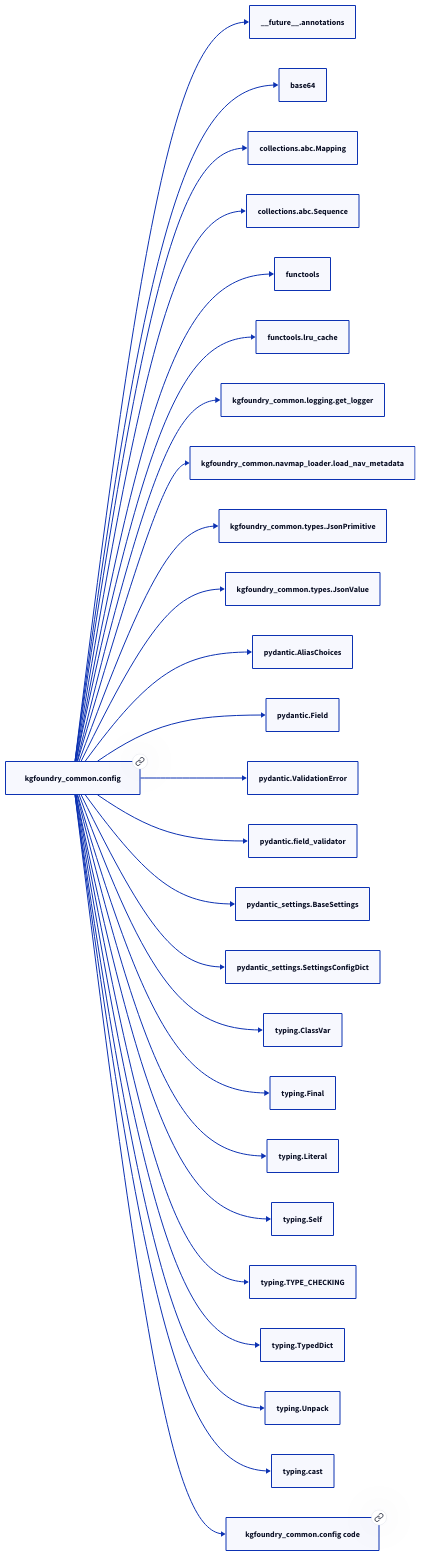
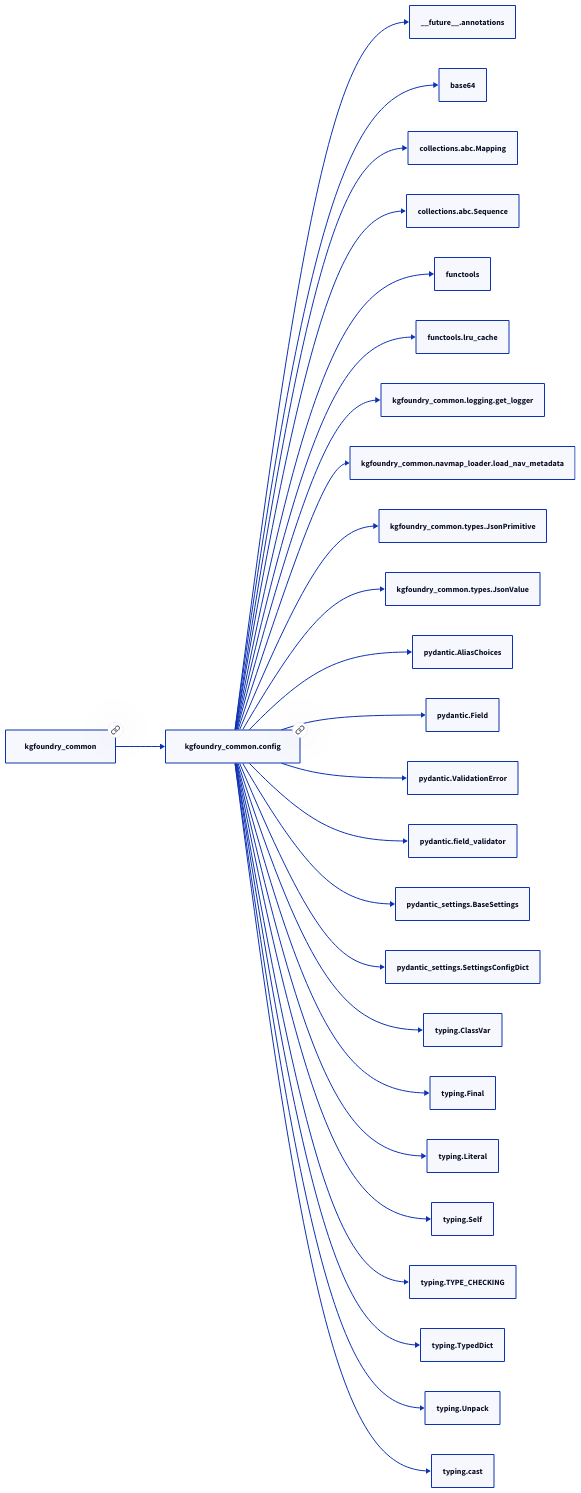
One commit to paul-heyse/kgforge changed the second of 2 diagrams in docs/modules/kgfoundry_common/config.md. Above: the diagram before and after it, drawn with D2. The commit also changed other lines of this file and 208 other files, not shown here.

````diff
--- a/docs/modules/kgfoundry_common/config.md
+++ b/docs/modules/kgfoundry_common/config.md
@@ -67,54 +71,54 @@
 ```d2
 direction: right
-"kgfoundry_common.config": "kgfoundry_common.config" { link: "./kgfoundry_common/config.md" }
+"kgfoundry_common.config": "kgfoundry_common.config" { link: "https://github.com/paul-heyse/kgfoundry/blob/main/src/kgfoundry_common/config.py" }
 "__future__.annotations": "__future__.annotations"
 "kgfoundry_common.config" -> "__future__.annotations"
 "base64": "base64"
 "kgfoundry_common.config" -> "base64"
 "collections.abc.Mapping": "collections.abc.Mapping"
 "kgfoundry_common.config" -> "collections.abc.Mapping"
 "collections.abc.Sequence": "collections.abc.Sequence"
 "kgfoundry_common.config" -> "collections.abc.Sequence"
 "functools": "functools"
 "kgfoundry_common.config" -> "functools"
 "functools.lru_cache": "functools.lru_cache"
 "kgfoundry_common.config" -> "functools.lru_cache"
 "kgfoundry_common.logging.get_logger": "kgfoundry_common.logging.get_logger"
 "kgfoundry_common.config" -> "kgfoundry_common.logging.get_logger"
 "kgfoundry_common.navmap_loader.load_nav_metadata": "kgfoundry_common.navmap_loader.load_nav_metadata"
 "kgfoundry_common.config" -> "kgfoundry_common.navmap_loader.load_nav_metadata"
 "kgfoundry_common.types.JsonPrimitive": "kgfoundry_common.types.JsonPrimitive"
 "kgfoundry_common.config" -> "kgfoundry_common.types.JsonPrimitive"
 "kgfoundry_common.types.JsonValue": "kgfoundry_common.types.JsonValue"
 "kgfoundry_common.config" -> "kgfoundry_common.types.JsonValue"
 "pydantic.AliasChoices": "pydantic.AliasChoices"
 "kgfoundry_common.config" -> "pydantic.AliasChoices"
 "pydantic.Field": "pydantic.Field"
 "kgfoundry_common.config" -> "pydantic.Field"
 "pydantic.ValidationError": "pydantic.ValidationError"
 "kgfoundry_common.config" -> "pydantic.ValidationError"
 "pydantic.field_validator": "pydantic.field_validator"
 "kgfoundry_common.config" -> "pydantic.field_validator"
 "pydantic_settings.BaseSettings": "pydantic_settings.BaseSettings"
 "kgfoundry_common.config" -> "pydantic_settings.BaseSettings"
 "pydantic_settings.SettingsConfigDict": "pydantic_settings.SettingsConfigDict"
 "kgfoundry_common.config" -> "pydantic_settings.SettingsConfigDict"
 "typing.ClassVar": "typing.ClassVar"
 "kgfoundry_common.config" -> "typing.ClassVar"
 "typing.Final": "typing.Final"
 "kgfoundry_common.config" -> "typing.Final"
 "typing.Literal": "typing.Literal"
 "kgfoundry_common.config" -> "typing.Literal"
 "typing.Self": "typing.Self"
 "kgfoundry_common.config" -> "typing.Self"
 "typing.TYPE_CHECKING": "typing.TYPE_CHECKING"
 "kgfoundry_common.config" -> "typing.TYPE_CHECKING"
 "typing.TypedDict": "typing.TypedDict"
 "kgfoundry_common.config" -> "typing.TypedDict"
 "typing.Unpack": "typing.Unpack"
 "kgfoundry_common.config" -> "typing.Unpack"
 "typing.cast": "typing.cast"
 "kgfoundry_common.config" -> "typing.cast"
-"kgfoundry_common.config_code": "kgfoundry_common.config code" { link: "https://github.com/kgfoundry/kgfoundry/blob/main/src/kgfoundry_common/config.py" }
-"kgfoundry_common.config" -> "kgfoundry_common.config_code" { style: dashed }
+"kgfoundry_common": "kgfoundry_common" { link: "https://github.com/paul-heyse/kgfoundry/blob/main/src/kgfoundry_common/__init__.py" }
+"kgfoundry_common" -> "kgfoundry_common.config" { style: dashed }
 ```
````
